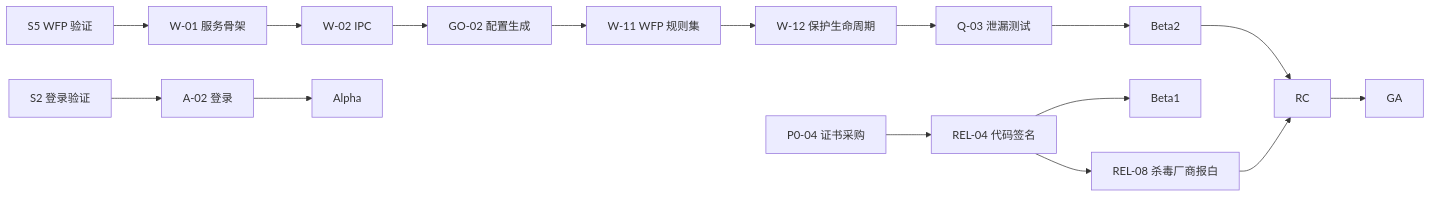
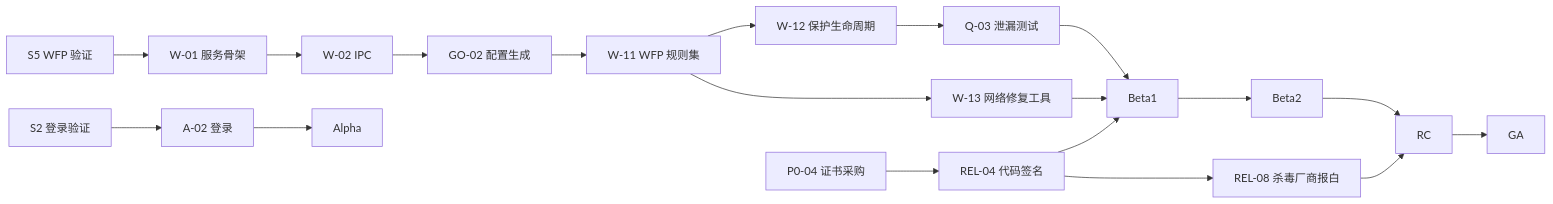
One commit to BlueGrassN/BlueGrass changed the second of 2 diagrams in docs/superpowers/plans/2026-10-10-sunipip-client-implementation-plan.md. Above: the diagram before and after it, drawn with Mermaid. The commit also changed other lines of this file and 22 other files, not shown here.

````diff
--- a/docs/superpowers/plans/2026-10-10-sunipip-client-implementation-plan.md
+++ b/docs/superpowers/plans/2026-10-10-sunipip-client-implementation-plan.md
@@ -297,9 +296,10 @@
 ```mermaid
 flowchart LR
     S5[S5 WFP 验证] --> W01[W-01 服务骨架] --> W02[W-02 IPC] --> C02[GO-02 配置生成]
     C02 --> W11[W-11 WFP 规则集] --> W12[W-12 保护生命周期] --> Q03[Q-03 泄漏测试]
-    Q03 --> B2[Beta2] --> RC[RC] --> GA[GA]
+    Q03 --> B1[Beta1] --> B2[Beta2] --> RC[RC] --> GA[GA]
+    W11 --> W13[W-13 网络修复工具] --> B1
     S2[S2 登录验证] --> A02[A-02 登录] --> Alpha[Alpha]
-    P004[P0-04 证书采购] --> R04[REL-04 代码签名] --> B1[Beta1]
+    P004[P0-04 证书采购] --> R04[REL-04 代码签名] --> B1
     R04 --> R08[REL-08 杀毒厂商报白] --> RC
 ```
````
